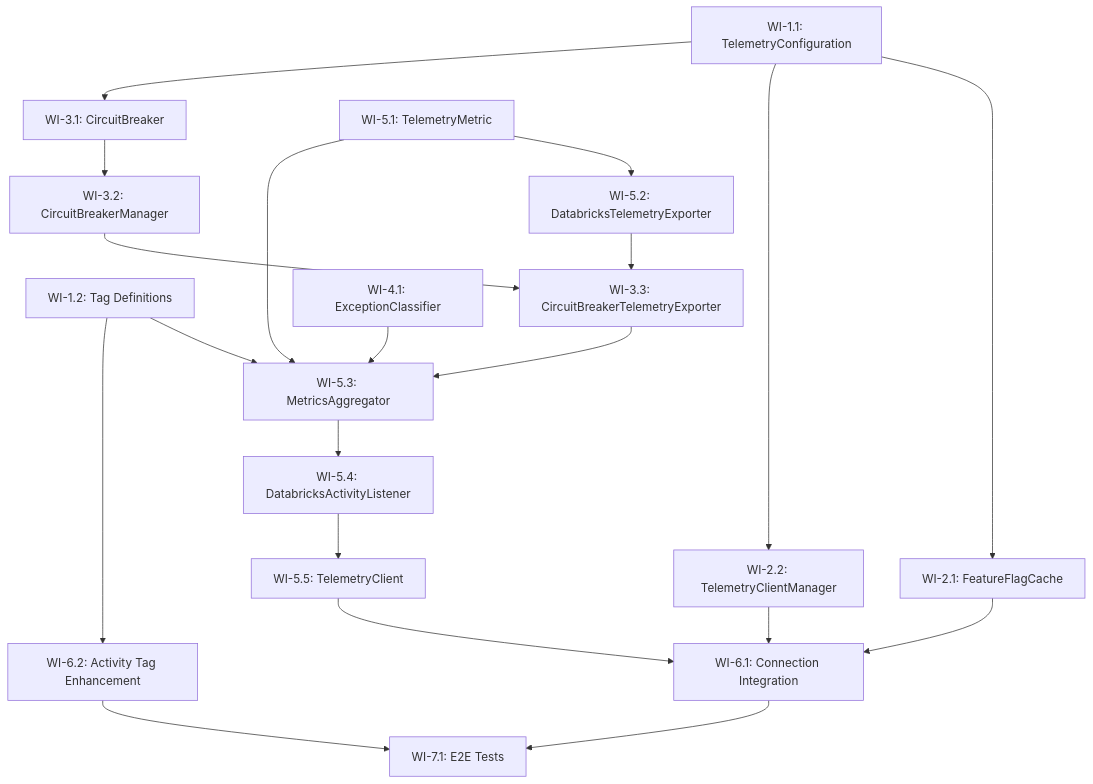
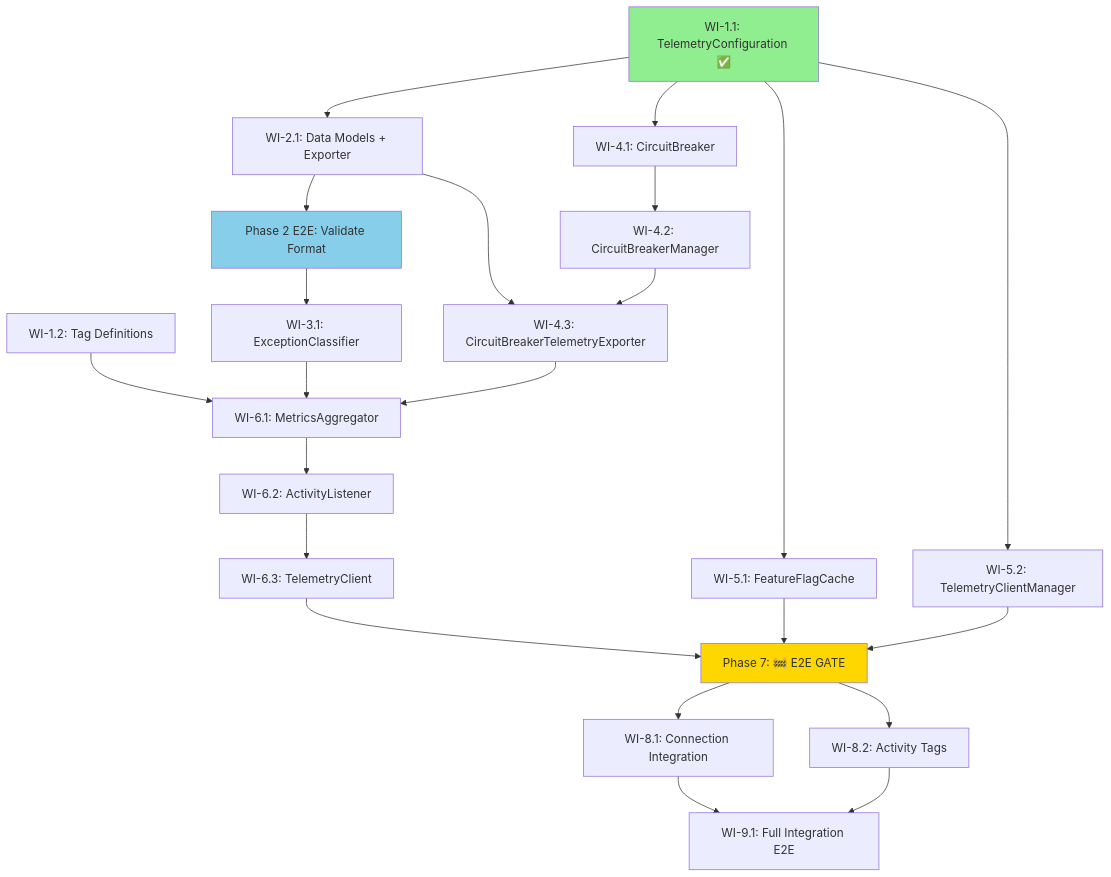
Before and after one commit to adbc-drivers/databricks: the diagram in csharp/doc/telemetry-sprint-plan.md, drawn with Mermaid. The commit also changed other lines of this file and 2 other files, not shown here.

````diff
--- a/csharp/doc/telemetry-sprint-plan.md
+++ b/csharp/doc/telemetry-sprint-plan.md
@@ -480,30 +604,35 @@
 ```mermaid
 graph TD
-    WI_1_1[WI-1.1: TelemetryConfiguration] --> WI_2_1[WI-2.1: FeatureFlagCache]
-    WI_1_1 --> WI_2_2[WI-2.2: TelemetryClientManager]
-    WI_1_1 --> WI_3_1[WI-3.1: CircuitBreaker]
+    WI_1_1[WI-1.1: TelemetryConfiguration ✅] --> WI_2_1[WI-2.1: Data Models + Exporter]
+    WI_1_2[WI-1.2: Tag Definitions] --> WI_6_1[WI-6.1: MetricsAggregator]
 
-    WI_1_2[WI-1.2: Tag Definitions] --> WI_5_3[WI-5.3: MetricsAggregator]
+    WI_2_1 --> WI_2_1_E2E[Phase 2 E2E: Validate Format]
+    WI_2_1_E2E --> WI_3_1[WI-3.1: ExceptionClassifier]
 
-    WI_3_1 --> WI_3_2[WI-3.2: CircuitBreakerManager]
-    WI_3_2 --> WI_3_3[WI-3.3: CircuitBreakerTelemetryExporter]
+    WI_1_1 --> WI_4_1[WI-4.1: CircuitBreaker]
+    WI_4_1 --> WI_4_2[WI-4.2: CircuitBreakerManager]
+    WI_4_2 --> WI_4_3[WI-4.3: CircuitBreakerTelemetryExporter]
+    WI_2_1 --> WI_4_3
 
-    WI_4_1[WI-4.1: ExceptionClassifier] --> WI_5_3
+    WI_1_1 --> WI_5_1[WI-5.1: FeatureFlagCache]
+    WI_1_1 --> WI_5_2[WI-5.2: TelemetryClientManager]
 
-    WI_5_1[WI-5.1: TelemetryMetric] --> WI_5_2[WI-5.2: DatabricksTelemetryExporter]
-    WI_5_1 --> WI_5_3
+    WI_3_1 --> WI_6_1
+    WI_4_3 --> WI_6_1
+    WI_6_1 --> WI_6_2[WI-6.2: ActivityListener]
+    WI_6_2 --> WI_6_3[WI-6.3: TelemetryClient]
 
-    WI_5_2 --> WI_3_3
-    WI_3_3 --> WI_5_3
-    WI_5_3 --> WI_5_4[WI-5.4: DatabricksActivityListener]
-    WI_5_4 --> WI_5_5[WI-5.5: TelemetryClient]
+    WI_5_1 --> WI_7[Phase 7: 🚧 E2E GATE]
+    WI_5_2 --> WI_7
+    WI_6_3 --> WI_7
 
-    WI_2_1 --> WI_6_1[WI-6.1: Connection Integration]
-    WI_2_2 --> WI_6_1
-    WI_5_5 --> WI_6_1
+    WI_7 --> WI_8_1[WI-8.1: Connection Integration]
+    WI_7 --> WI_8_2[WI-8.2: Activity Tags]
 
-    WI_1_2 --> WI_6_2[WI-6.2: Activity Tag Enhancement]
+    WI_8_1 --> WI_9_1[WI-9.1: Full Integration E2E]
+    WI_8_2 --> WI_9_1
 
-    WI_6_1 --> WI_7_1[WI-7.1: E2E Tests]
-    WI_6_2 --> WI_7_1
+    style WI_1_1 fill:#90EE90
+    style WI_2_1_E2E fill:#87CEEB
+    style WI_7 fill:#FFD700
 ```
````
